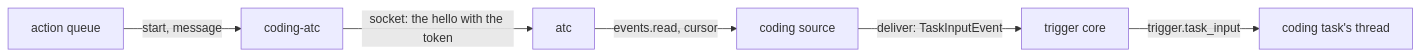
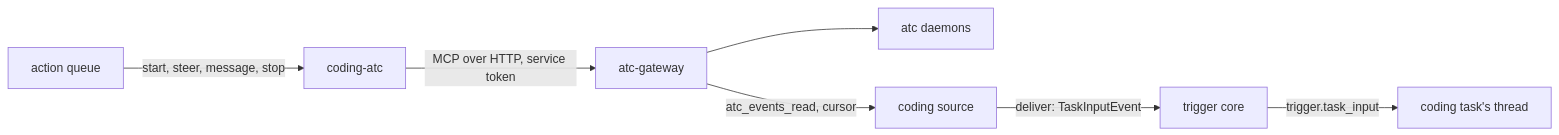
The diagram in docs/design/queue/coding-session-runner/atc.md (zgeoff/nixie), drawn with Mermaid before and after one commit. The commit also changed other lines of this file and 6 other files, not shown here.

First line of the commit message:
docs(design): steer coding sessions through atc-gateway (#1404)

````diff
--- a/docs/design/queue/coding-session-runner/atc.md
+++ b/docs/design/queue/coding-session-runner/atc.md
@@ -19,8 +20,9 @@
 ```mermaid
 flowchart LR
-  queue[action queue] -->|"start, message"| adapter[coding-atc]
-  adapter -->|"socket: the hello with the token"| atc[atc]
-  atc -->|"events.read, cursor"| source[coding source]
+  queue[action queue] -->|"start, steer, message, stop"| adapter[coding-atc]
+  adapter -->|"MCP over HTTP, service token"| gw[atc-gateway]
+  gw --> daemons[atc daemons]
+  gw -->|"atc_events_read, cursor"| source[coding source]
   source -->|"deliver: TaskInputEvent"| core[trigger core]
   core -->|"trigger.task_input"| thread[coding task's thread]
 ```
````
